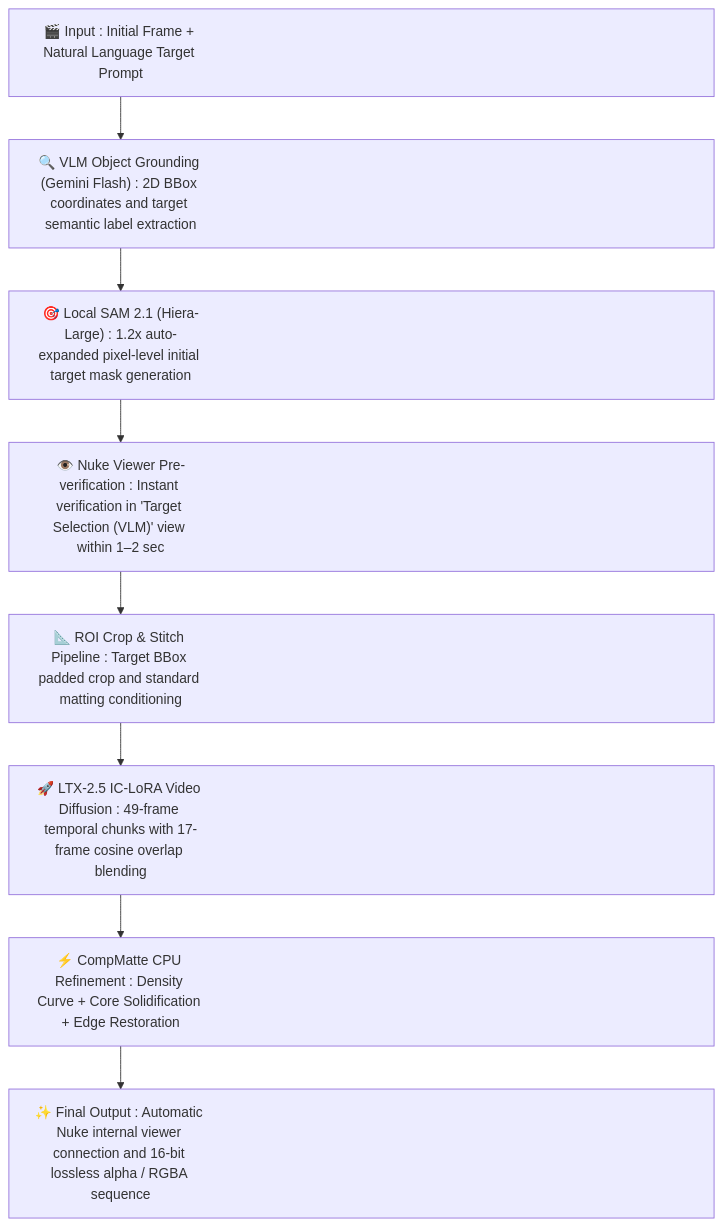
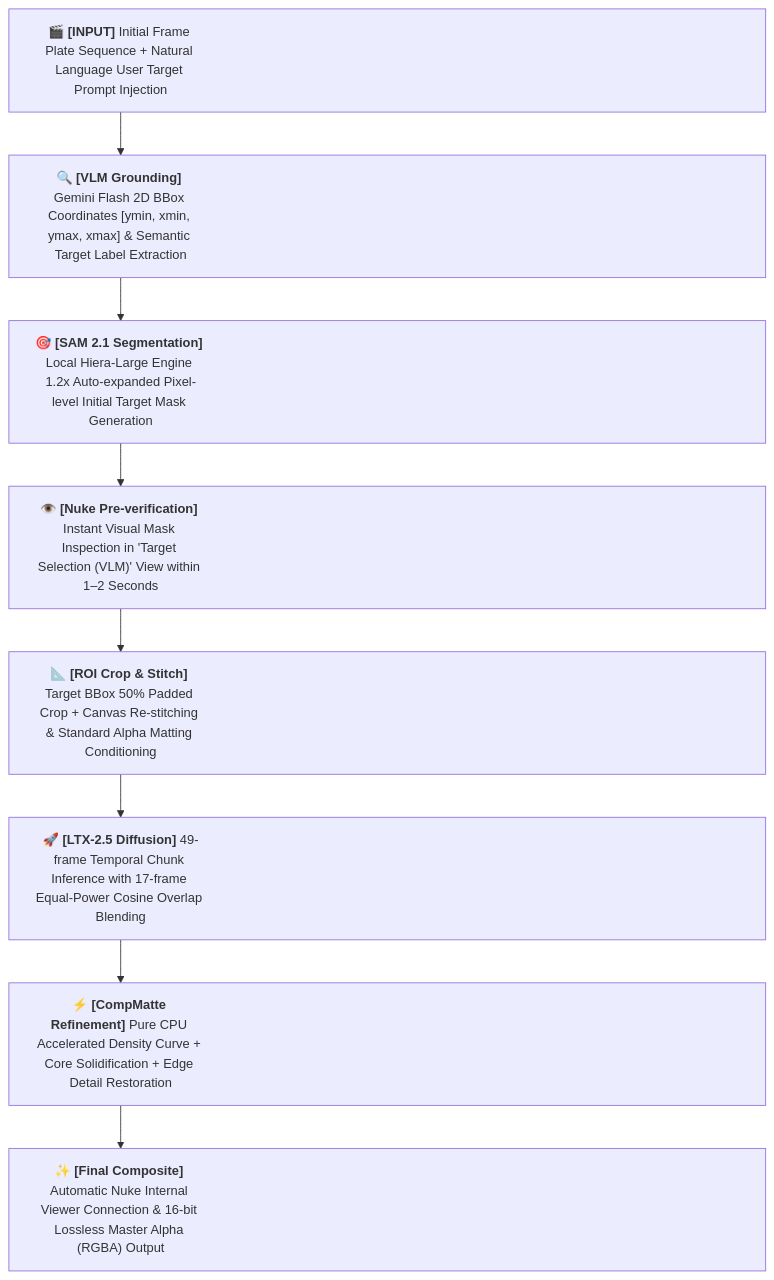
Before and after one commit to Kiwoo0413/AlphaGen: the second of 2 diagrams in README.md, drawn with Mermaid. The commit also changed other lines of this file, not shown here.

````diff
--- a/README.md
+++ b/README.md
@@ -276,12 +276,12 @@
 ```mermaid
 flowchart TD
-    classDef default width:820px,min-height:45px;
+    classDef default width:880px,min-height:52px,font-size:15px,text-align:center;
 
-    A["🎬 Input : Initial Frame + Natural Language Target Prompt"] --> B["🔍 VLM Object Grounding (Gemini Flash) : 2D BBox coordinates and target semantic label extraction"]
-    B --> C["🎯 Local SAM 2.1 (Hiera-Large) : 1.2x auto-expanded pixel-level initial target mask generation"]
-    C --> D["👁️ Nuke Viewer Pre-verification : Instant verification in 'Target Selection (VLM)' view within 1–2 sec"]
-    D --> E["📐 ROI Crop & Stitch Pipeline : Target BBox padded crop and standard matting conditioning"]
-    E --> F["🚀 LTX-2.5 IC-LoRA Video Diffusion : 49-frame temporal chunks with 17-frame cosine overlap blending"]
-    F --> G["⚡ CompMatte CPU Refinement : Density Curve + Core Solidification + Edge Restoration"]
-    G --> H["✨ Final Output : Automatic Nuke internal viewer connection and 16-bit lossless alpha / RGBA sequence"]
+    A["<center>🎬 <b>[INPUT]</b> Initial Frame Plate Sequence + Natural Language User Target Prompt Injection</center>"] --> B["<center>🔍 <b>[VLM Grounding]</b> Gemini Flash 2D BBox Coordinates [ymin, xmin, ymax, xmax] & Semantic Target Label Extraction</center>"]
+    B --> C["<center>🎯 <b>[SAM 2.1 Segmentation]</b> Local Hiera-Large Engine 1.2x Auto-expanded Pixel-level Initial Target Mask Generation</center>"]
+    C --> D["<center>👁️ <b>[Nuke Pre-verification]</b> Instant Visual Mask Inspection in 'Target Selection (VLM)' View within 1–2 Seconds</center>"]
+    D --> E["<center>📐 <b>[ROI Crop & Stitch]</b> Target BBox 50% Padded Crop + Canvas Re-stitching & Standard Alpha Matting Conditioning</center>"]
+    E --> F["<center>🚀 <b>[LTX-2.5 Diffusion]</b> 49-frame Temporal Chunk Inference with 17-frame Equal-Power Cosine Overlap Blending</center>"]
+    F --> G["<center>⚡ <b>[CompMatte Refinement]</b> Pure CPU Accelerated Density Curve + Core Solidification + Edge Detail Restoration</center>"]
+    G --> H["<center>✨ <b>[Final Composite]</b> Automatic Nuke Internal Viewer Connection & 16-bit Lossless Master Alpha (RGBA) Output</center>"]
 ```
````
